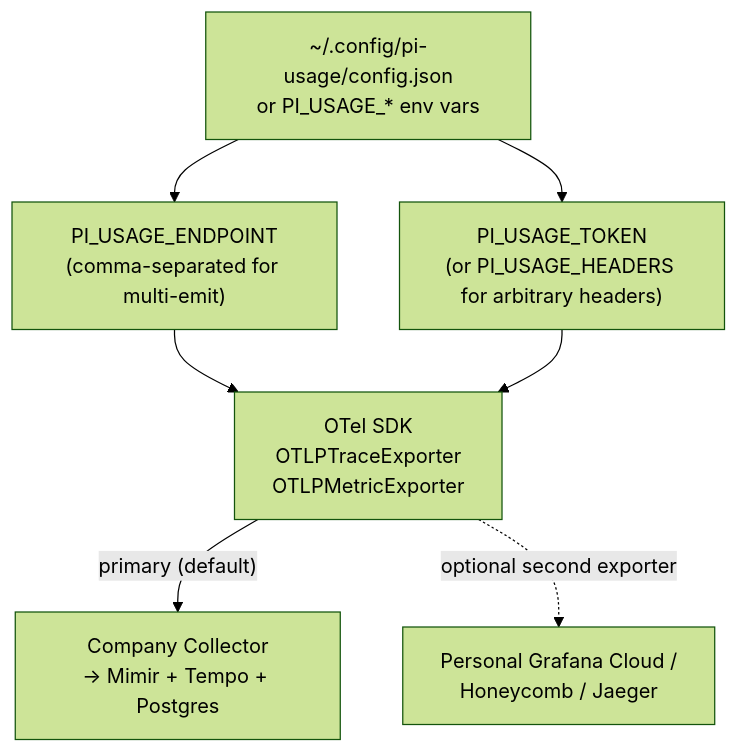
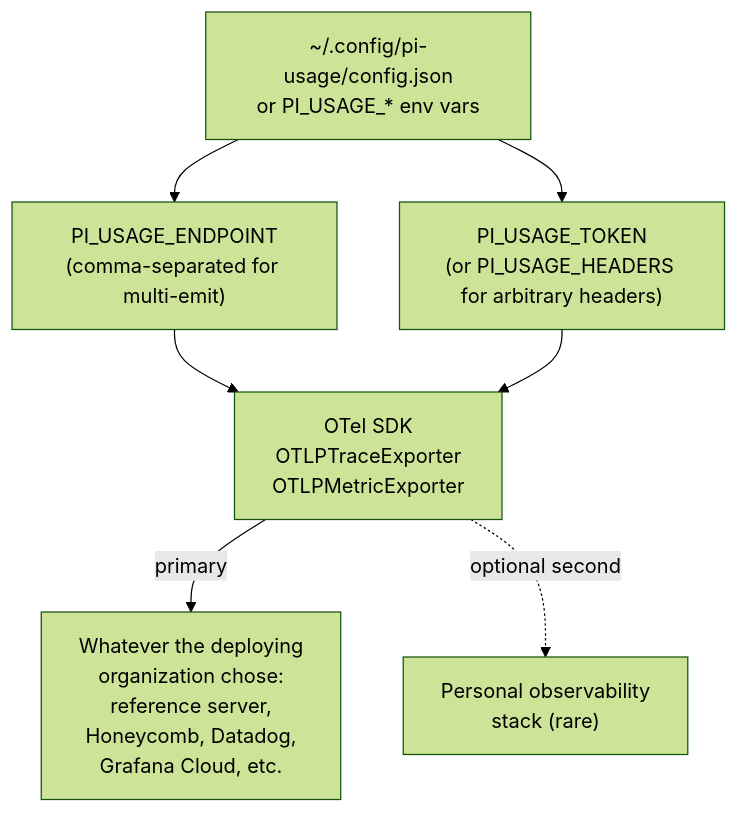
One commit to vilosource/pi-extensions changed the fifth of 7 diagrams in docs/strategy/dashboard-backend-STRATEGY.md. Above: the diagram before and after it, drawn with Mermaid (forest theme). The commit also changed other lines of this file and 3 other files, not shown here.

First line of the commit message:
docs: separate the extension, the reference dashboard server, and Optiscan's deployment

````diff
--- a/docs/strategy/dashboard-backend-STRATEGY.md
+++ b/docs/strategy/dashboard-backend-STRATEGY.md
@@ -127,10 +133,10 @@
 ```mermaid
 flowchart TB
-  cfg["~/.config/pi-usage/config.json\nor PI_USAGE_* env vars"]
-  cfg --> endpoint["PI_USAGE_ENDPOINT\n(comma-separated for multi-emit)"]
-  cfg --> token["PI_USAGE_TOKEN\n(or PI_USAGE_HEADERS for arbitrary headers)"]
-  endpoint --> sdk["OTel SDK\nOTLPTraceExporter\nOTLPMetricExporter"]
+  cfg["~/.config/pi-usage/config.json<br/>or PI_USAGE_* env vars"]
+  cfg --> endpoint["PI_USAGE_ENDPOINT<br/>(comma-separated for multi-emit)"]
+  cfg --> token["PI_USAGE_TOKEN<br/>(or PI_USAGE_HEADERS for arbitrary headers)"]
+  endpoint --> sdk["OTel SDK<br/>OTLPTraceExporter<br/>OTLPMetricExporter"]
   token --> sdk
-  sdk -->|"primary (default)"| company["Company Collector\n→ Mimir + Tempo + Postgres"]
-  sdk -.->|"optional second exporter"| personal["Personal Grafana Cloud /\nHoneycomb / Jaeger"]
+  sdk -->|primary| chosen["Whatever the deploying<br/>organization chose:<br/>reference server,<br/>Honeycomb, Datadog,<br/>Grafana Cloud, etc."]
+  sdk -.->|optional second| personal["Personal observability<br/>stack (rare)"]
 ```
````
